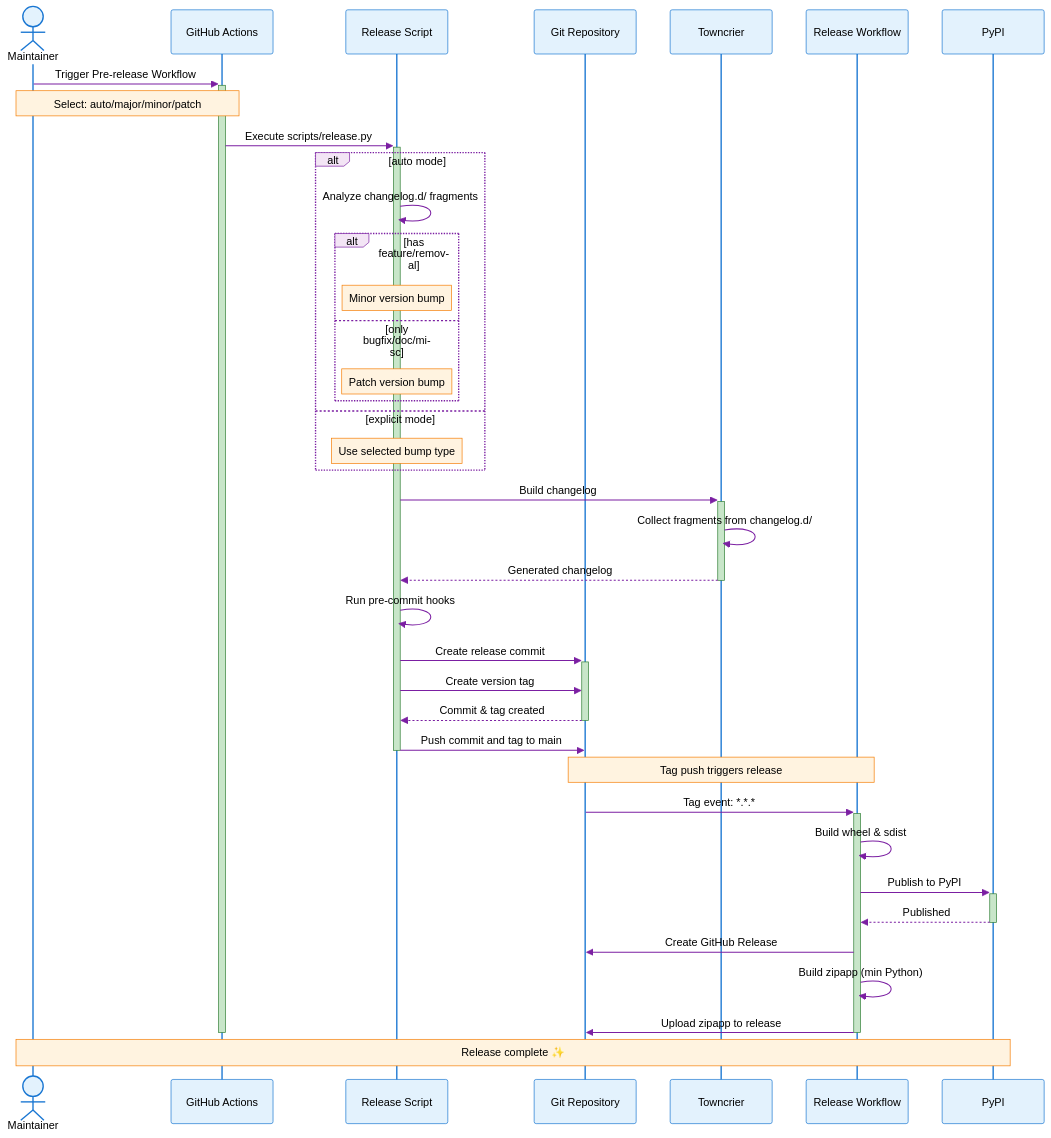
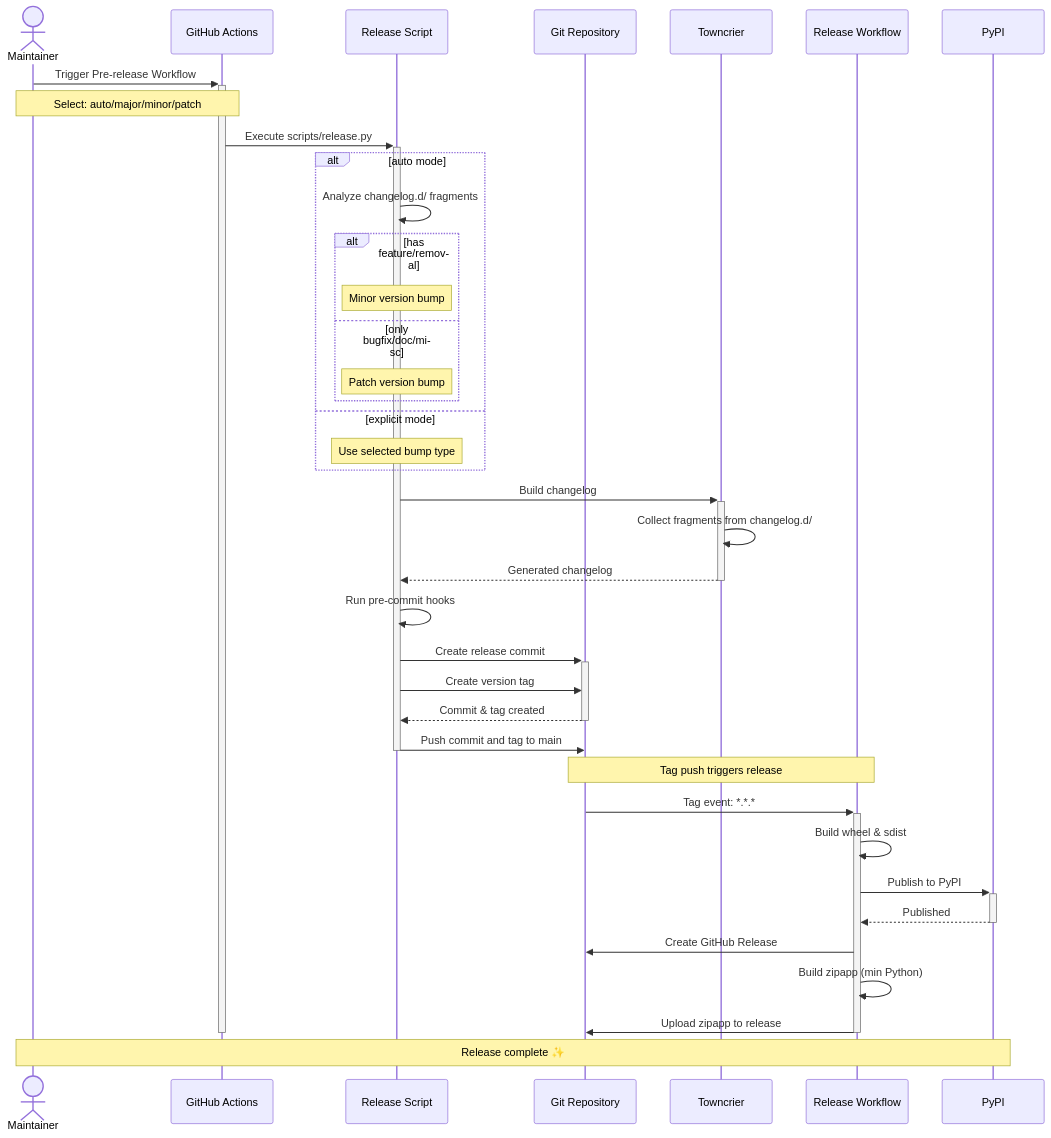
One commit to pypa/pipx changed the diagram in docs/contributing.md. Above: the diagram before and after it, drawn with Mermaid.

Commit message:
📝 docs(release): remove custom theme for dark mode compatibility
Custom theme colors looked poor on dark backgrounds. Using mermaid's default
theme provides better contrast and readability across both light and dark
modes.

````diff
--- a/docs/contributing.md
+++ b/docs/contributing.md
@@ -235,54 +235,53 @@
 ```mermaid
-%%{init: {'theme':'base', 'themeVariables': {'actorBkg':'#e3f2fd','actorBorder':'#1976d2','actorTextColor':'#000','noteBkgColor':'#fff3e0','noteBorderColor':'#f57c00','noteTextColor':'#000','signalColor':'#7b1fa2','signalTextColor':'#000','labelBoxBkgColor':'#f3e5f5','labelBoxBorderColor':'#7b1fa2','activationBkgColor':'#c8e6c9','activationBorderColor':'#2e7d32'}}}%%
 sequenceDiagram
     actor M as Maintainer
     participant GH as GitHub Actions
     participant S as Release Script
     participant G as Git Repository
     participant T as Towncrier
     participant RW as Release Workflow
     participant P as PyPI
 
     M->>+GH: Trigger Pre-release Workflow
     Note over M,GH: Select: auto/major/minor/patch
 
     GH->>+S: Execute scripts/release.py
 
     alt auto mode
         S->>S: Analyze changelog.d/ fragments
         alt has feature/removal
             Note over S: Minor version bump
         else only bugfix/doc/misc
             Note over S: Patch version bump
         end
     else explicit mode
         Note over S: Use selected bump type
     end
 
     S->>+T: Build changelog
     T->>T: Collect fragments from changelog.d/
     T-->>-S: Generated changelog
 
     S->>S: Run pre-commit hooks
     S->>+G: Create release commit
     S->>G: Create version tag
     G-->>-S: Commit & tag created
 
     S->>G: Push commit and tag to main
     deactivate S
 
     Note over G,RW: Tag push triggers release
 
     G->>+RW: Tag event: *.*.*
     RW->>RW: Build wheel & sdist
     RW->>+P: Publish to PyPI
     P-->>-RW: Published
 
     RW->>G: Create GitHub Release
     RW->>RW: Build zipapp (min Python)
     RW->>G: Upload zipapp to release
     deactivate RW
     deactivate GH
 
     Note over M,P: Release complete ✨
 ```
````
